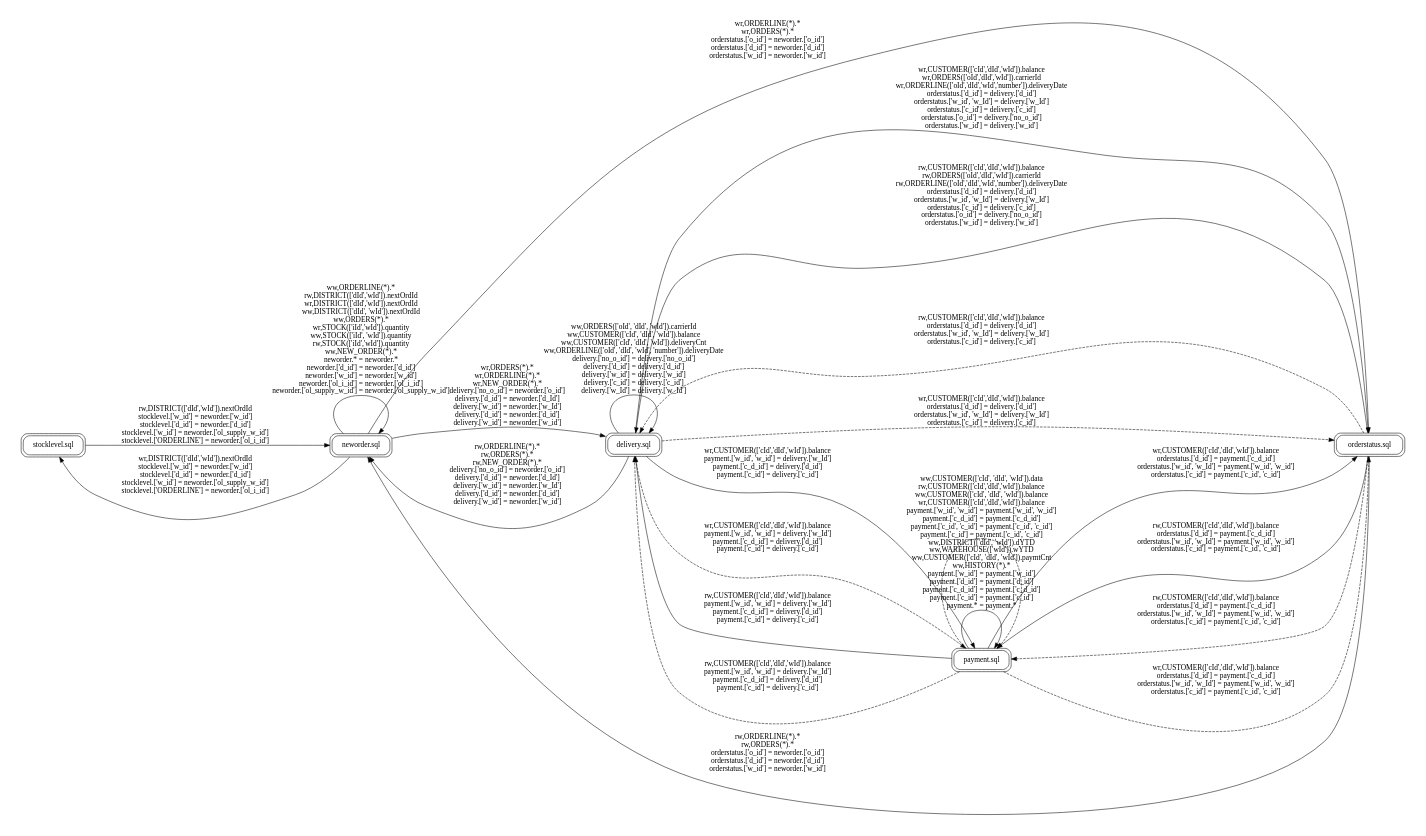
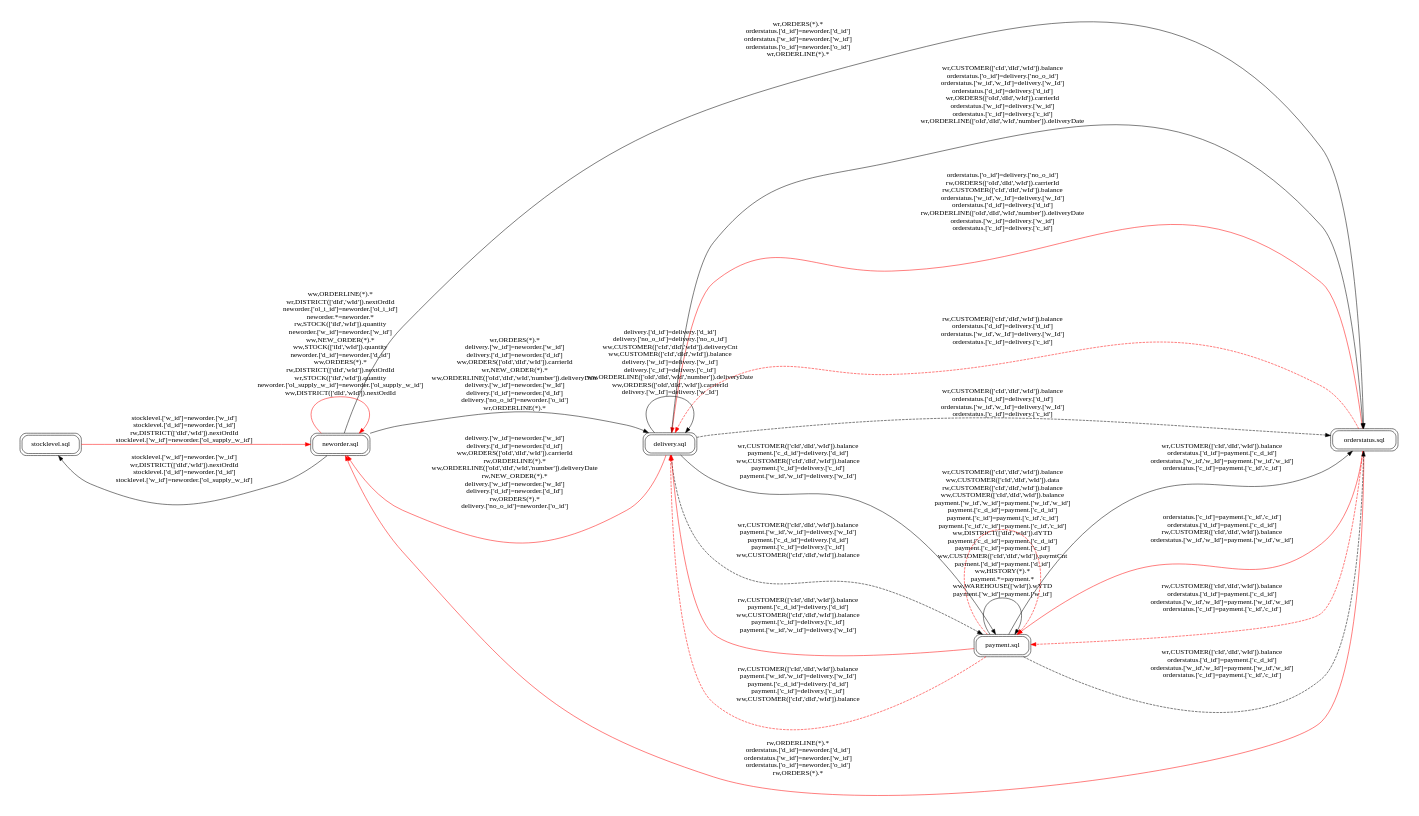
The diagram in development/Application/src/graph.dot (Paul-Tra/PLONG-SQL-Dependencies), drawn with Graphviz before and after one commit. The commit also changed 37 other files, not shown here.

```diff
--- a/development/Application/src/graph.dot
+++ b/development/Application/src/graph.dot
@@ -1,138 +1,144 @@
 digraph G{
 	rankdir=LR
 	size="8,5"
 	nodesep=1.0
 	node[shape=box style=rounded peripheries=2]
-"stocklevel.sql"->"neworder.sql"[ label = "rw,DISTRICT(['dId','wId']).nextOrdId
-	stocklevel.['w_id'] = neworder.['w_id']
-	stocklevel.['d_id'] = neworder.['d_id']
-	stocklevel.['w_id'] = neworder.['ol_supply_w_id']
-	stocklevel.['ORDERLINE'] = neworder.['ol_i_id']", style = solid, color = black ]
-"neworder.sql"->"stocklevel.sql"[ label = "wr,DISTRICT(['dId','wId']).nextOrdId
-	stocklevel.['w_id'] = neworder.['w_id']
-	stocklevel.['d_id'] = neworder.['d_id']
-	stocklevel.['w_id'] = neworder.['ol_supply_w_id']
-	stocklevel.['ORDERLINE'] = neworder.['ol_i_id']", style = solid, color = black ]
+"stocklevel.sql"->"neworder.sql"[ label = "stocklevel.['w_id']=neworder.['w_id']
+	stocklevel.['d_id']=neworder.['d_id']
+	rw,DISTRICT(['dId','wId']).nextOrdId
+	stocklevel.['w_id']=neworder.['ol_supply_w_id']", style = solid, color = red ]
+"neworder.sql"->"stocklevel.sql"[ label = "stocklevel.['w_id']=neworder.['w_id']
+	wr,DISTRICT(['dId','wId']).nextOrdId
+	stocklevel.['d_id']=neworder.['d_id']
+	stocklevel.['w_id']=neworder.['ol_supply_w_id']", style = solid, color = black ]
 "orderstatus.sql"->"neworder.sql"[ label = "rw,ORDERLINE(*).*
+	orderstatus.['d_id']=neworder.['d_id']
+	orderstatus.['w_id']=neworder.['w_id']
+	orderstatus.['o_id']=neworder.['o_id']
+	rw,ORDERS(*).*", style = solid, color = red ]
+"neworder.sql"->"orderstatus.sql"[ label = "wr,ORDERS(*).*
+	orderstatus.['d_id']=neworder.['d_id']
+	orderstatus.['w_id']=neworder.['w_id']
+	orderstatus.['o_id']=neworder.['o_id']
+	wr,ORDERLINE(*).*", style = solid, color = black ]
+"orderstatus.sql"->"delivery.sql"[ label = "orderstatus.['o_id']=delivery.['no_o_id']
+	rw,ORDERS(['oId','dId','wId']).carrierId
+	rw,CUSTOMER(['cId','dId','wId']).balance
+	orderstatus.['w_id','w_Id']=delivery.['w_Id']
+	orderstatus.['d_id']=delivery.['d_id']
+	rw,ORDERLINE(['oId','dId','wId','number']).deliveryDate
+	orderstatus.['w_id']=delivery.['w_id']
+	orderstatus.['c_id']=delivery.['c_id']", style = solid, color = red ]
+"delivery.sql"->"orderstatus.sql"[ label = "wr,CUSTOMER(['cId','dId','wId']).balance
+	orderstatus.['o_id']=delivery.['no_o_id']
+	orderstatus.['w_id','w_Id']=delivery.['w_Id']
+	orderstatus.['d_id']=delivery.['d_id']
+	wr,ORDERS(['oId','dId','wId']).carrierId
+	orderstatus.['w_id']=delivery.['w_id']
+	orderstatus.['c_id']=delivery.['c_id']
+	wr,ORDERLINE(['oId','dId','wId','number']).deliveryDate", style = solid, color = black ]
+"payment.sql"->"orderstatus.sql"[ label = "wr,CUSTOMER(['cId','dId','wId']).balance
+	orderstatus.['d_id']=payment.['c_d_id']
+	orderstatus.['w_id','w_Id']=payment.['w_id','w_id']
+	orderstatus.['c_id']=payment.['c_id','c_id']", style = solid, color = black ]
+"neworder.sql"->"neworder.sql"[ label = "ww,ORDERLINE(*).*
+	wr,DISTRICT(['dId','wId']).nextOrdId
+	neworder.['ol_i_id']=neworder.['ol_i_id']
+	neworder.*=neworder.*
+	rw,STOCK(['iId','wId']).quantity
+	neworder.['w_id']=neworder.['w_id']
+	ww,NEW_ORDER(*).*
+	ww,STOCK(['iId','wId']).quantity
+	neworder.['d_id']=neworder.['d_id']
+	ww,ORDERS(*).*
+	rw,DISTRICT(['dId','wId']).nextOrdId
+	wr,STOCK(['iId','wId']).quantity
+	neworder.['ol_supply_w_id']=neworder.['ol_supply_w_id']
+	ww,DISTRICT(['dId','wId']).nextOrdId", style = solid, color = red ]
+"neworder.sql"->"delivery.sql"[ label = "wr,ORDERS(*).*
+	delivery.['w_id']=neworder.['w_id']
+	delivery.['d_id']=neworder.['d_id']
+	ww,ORDERS(['oId','dId','wId']).carrierId
+	wr,NEW_ORDER(*).*
+	ww,ORDERLINE(['oId','dId','wId','number']).deliveryDate
+	delivery.['w_id']=neworder.['w_Id']
+	delivery.['d_id']=neworder.['d_Id']
+	delivery.['no_o_id']=neworder.['o_id']
+	wr,ORDERLINE(*).*", style = solid, color = black ]
+"delivery.sql"->"neworder.sql"[ label = "delivery.['w_id']=neworder.['w_id']
+	delivery.['d_id']=neworder.['d_id']
+	ww,ORDERS(['oId','dId','wId']).carrierId
+	rw,ORDERLINE(*).*
+	ww,ORDERLINE(['oId','dId','wId','number']).deliveryDate
+	rw,NEW_ORDER(*).*
+	delivery.['w_id']=neworder.['w_Id']
+	delivery.['d_id']=neworder.['d_Id']
 	rw,ORDERS(*).*
-	orderstatus.['o_id'] = neworder.['o_id']
-	orderstatus.['d_id'] = neworder.['d_id']
-	orderstatus.['w_id'] = neworder.['w_id']", style = solid, color = black ]
-"neworder.sql"->"orderstatus.sql"[ label = "wr,ORDERLINE(*).*
-	wr,ORDERS(*).*
-	orderstatus.['o_id'] = neworder.['o_id']
-	orderstatus.['d_id'] = neworder.['d_id']
-	orderstatus.['w_id'] = neworder.['w_id']", style = solid, color = black ]
+	delivery.['no_o_id']=neworder.['o_id']", style = solid, color = red ]
+"delivery.sql"->"delivery.sql"[ label = "delivery.['d_id']=delivery.['d_id']
+	delivery.['no_o_id']=delivery.['no_o_id']
+	ww,CUSTOMER(['cId','dId','wId']).deliveryCnt
+	ww,CUSTOMER(['cId','dId','wId']).balance
+	delivery.['w_id']=delivery.['w_id']
+	delivery.['c_id']=delivery.['c_id']
+	ww,ORDERLINE(['oId','dId','wId','number']).deliveryDate
+	ww,ORDERS(['oId','dId','wId']).carrierId
+	delivery.['w_Id']=delivery.['w_Id']", style = solid, color = black ]
+"delivery.sql"->"payment.sql"[ label = "wr,CUSTOMER(['cId','dId','wId']).balance
+	payment.['c_d_id']=delivery.['d_id']
+	ww,CUSTOMER(['cId','dId','wId']).balance
+	payment.['c_id']=delivery.['c_id']
+	payment.['w_id','w_id']=delivery.['w_Id']", style = solid, color = black ]
+"payment.sql"->"payment.sql"[ label = "ww,DISTRICT(['dId','wId']).dYTD
+	payment.['c_d_id']=payment.['c_d_id']
+	payment.['c_id']=payment.['c_id']
+	ww,CUSTOMER(['cId','dId','wId']).paymtCnt
+	payment.['d_id']=payment.['d_id']
+	ww,HISTORY(*).*
+	payment.*=payment.*
+	ww,WAREHOUSE(['wId']).wYTD
+	payment.['w_id']=payment.['w_id']", style = solid, color = black ]
+"orderstatus.sql"->"payment.sql"[ label = "orderstatus.['c_id']=payment.['c_id','c_id']
+	orderstatus.['d_id']=payment.['c_d_id']
+	rw,CUSTOMER(['cId','dId','wId']).balance
+	orderstatus.['w_id','w_Id']=payment.['w_id','w_id']", style = solid, color = red ]
+"payment.sql"->"delivery.sql"[ label = "rw,CUSTOMER(['cId','dId','wId']).balance
+	payment.['c_d_id']=delivery.['d_id']
+	ww,CUSTOMER(['cId','dId','wId']).balance
+	payment.['c_id']=delivery.['c_id']
+	payment.['w_id','w_id']=delivery.['w_Id']", style = solid, color = red ]
 "orderstatus.sql"->"delivery.sql"[ label = "rw,CUSTOMER(['cId','dId','wId']).balance
-	rw,ORDERS(['oId','dId','wId']).carrierId
-	rw,ORDERLINE(['oId','dId','wId','number']).deliveryDate
-	orderstatus.['d_id'] = delivery.['d_id']
-	orderstatus.['w_id', 'w_Id'] = delivery.['w_Id']
-	orderstatus.['c_id'] = delivery.['c_id']
-	orderstatus.['o_id'] = delivery.['no_o_id']
-	orderstatus.['w_id'] = delivery.['w_id']", style = solid, color = black ]
+	orderstatus.['d_id']=delivery.['d_id']
+	orderstatus.['w_id','w_Id']=delivery.['w_Id']
+	orderstatus.['c_id']=delivery.['c_id']", style = dashed, color = red ]
+"orderstatus.sql"->"payment.sql"[ label = "rw,CUSTOMER(['cId','dId','wId']).balance
+	orderstatus.['d_id']=payment.['c_d_id']
+	orderstatus.['w_id','w_Id']=payment.['w_id','w_id']
+	orderstatus.['c_id']=payment.['c_id','c_id']", style = dashed, color = red ]
+"payment.sql"->"delivery.sql"[ label = "rw,CUSTOMER(['cId','dId','wId']).balance
+	payment.['w_id','w_id']=delivery.['w_Id']
+	payment.['c_d_id']=delivery.['d_id']
+	payment.['c_id']=delivery.['c_id']
+	ww,CUSTOMER(['cId','dId','wId']).balance", style = dashed, color = red ]
+"payment.sql"->"payment.sql"[ label = "wr,CUSTOMER(['cId','dId','wId']).balance
+	ww,CUSTOMER(['cId','dId','wId']).data
+	rw,CUSTOMER(['cId','dId','wId']).balance
+	ww,CUSTOMER(['cId','dId','wId']).balance
+	payment.['w_id','w_id']=payment.['w_id','w_id']
+	payment.['c_d_id']=payment.['c_d_id']
+	payment.['c_id']=payment.['c_id','c_id']
+	payment.['c_id','c_id']=payment.['c_id','c_id']", style = dashed, color = red ]
 "delivery.sql"->"orderstatus.sql"[ label = "wr,CUSTOMER(['cId','dId','wId']).balance
-	wr,ORDERS(['oId','dId','wId']).carrierId
-	wr,ORDERLINE(['oId','dId','wId','number']).deliveryDate
-	orderstatus.['d_id'] = delivery.['d_id']
-	orderstatus.['w_id', 'w_Id'] = delivery.['w_Id']
-	orderstatus.['c_id'] = delivery.['c_id']
-	orderstatus.['o_id'] = delivery.['no_o_id']
-	orderstatus.['w_id'] = delivery.['w_id']", style = solid, color = black ]
+	orderstatus.['d_id']=delivery.['d_id']
+	orderstatus.['w_id','w_Id']=delivery.['w_Id']
+	orderstatus.['c_id']=delivery.['c_id']", style = dashed, color = black ]
 "payment.sql"->"orderstatus.sql"[ label = "wr,CUSTOMER(['cId','dId','wId']).balance
-	orderstatus.['d_id'] = payment.['c_d_id']
-	orderstatus.['w_id', 'w_Id'] = payment.['w_id', 'w_id']
-	orderstatus.['c_id'] = payment.['c_id', 'c_id']", style = solid, color = black ]
-"neworder.sql"->"neworder.sql"[ label = "ww,ORDERLINE(*).*
-	rw,DISTRICT(['dId','wId']).nextOrdId
-	wr,DISTRICT(['dId','wId']).nextOrdId
-	ww,DISTRICT(['dId', 'wId']).nextOrdId
-	ww,ORDERS(*).*
-	wr,STOCK(['iId','wId']).quantity
-	ww,STOCK(['iId', 'wId']).quantity
-	rw,STOCK(['iId','wId']).quantity
-	ww,NEW_ORDER(*).*
-	neworder.* = neworder.*
-	neworder.['d_id'] = neworder.['d_id']
-	neworder.['w_id'] = neworder.['w_id']
-	neworder.['ol_i_id'] = neworder.['ol_i_id']
-	neworder.['ol_supply_w_id'] = neworder.['ol_supply_w_id']", style = solid, color = black ]
-"neworder.sql"->"delivery.sql"[ label = "wr,ORDERS(*).*
-	wr,ORDERLINE(*).*
-	wr,NEW_ORDER(*).*
-	delivery.['no_o_id'] = neworder.['o_id']
-	delivery.['d_id'] = neworder.['d_Id']
-	delivery.['w_id'] = neworder.['w_Id']
-	delivery.['d_id'] = neworder.['d_id']
-	delivery.['w_id'] = neworder.['w_id']", style = solid, color = black ]
-"delivery.sql"->"neworder.sql"[ label = "rw,ORDERLINE(*).*
-	rw,ORDERS(*).*
-	rw,NEW_ORDER(*).*
-	delivery.['no_o_id'] = neworder.['o_id']
-	delivery.['d_id'] = neworder.['d_Id']
-	delivery.['w_id'] = neworder.['w_Id']
-	delivery.['d_id'] = neworder.['d_id']
-	delivery.['w_id'] = neworder.['w_id']", style = solid, color = black ]
-"delivery.sql"->"delivery.sql"[ label = "ww,ORDERS(['oId', 'dId', 'wId']).carrierId
-	ww,CUSTOMER(['cId', 'dId', 'wId']).balance
-	ww,CUSTOMER(['cId', 'dId', 'wId']).deliveryCnt
-	ww,ORDERLINE(['oId', 'dId', 'wId', 'number']).deliveryDate
-	delivery.['no_o_id'] = delivery.['no_o_id']
-	delivery.['d_id'] = delivery.['d_id']
-	delivery.['w_id'] = delivery.['w_id']
-	delivery.['c_id'] = delivery.['c_id']
-	delivery.['w_Id'] = delivery.['w_Id']", style = solid, color = black ]
+	orderstatus.['d_id']=payment.['c_d_id']
+	orderstatus.['w_id','w_Id']=payment.['w_id','w_id']
+	orderstatus.['c_id']=payment.['c_id','c_id']", style = dashed, color = black ]
 "delivery.sql"->"payment.sql"[ label = "wr,CUSTOMER(['cId','dId','wId']).balance
-	payment.['w_id', 'w_id'] = delivery.['w_Id']
-	payment.['c_d_id'] = delivery.['d_id']
-	payment.['c_id'] = delivery.['c_id']", style = solid, color = black ]
-"payment.sql"->"payment.sql"[ label = "ww,DISTRICT(['dId', 'wId']).dYTD
-	ww,WAREHOUSE(['wId']).wYTD
-	ww,CUSTOMER(['cId', 'dId', 'wId']).paymtCnt
-	ww,HISTORY(*).*
-	payment.['w_id'] = payment.['w_id']
-	payment.['d_id'] = payment.['d_id']
-	payment.['c_d_id'] = payment.['c_d_id']
-	payment.['c_id'] = payment.['c_id']
-	payment.* = payment.*", style = solid, color = black ]
-"orderstatus.sql"->"payment.sql"[ label = "rw,CUSTOMER(['cId','dId','wId']).balance
-	orderstatus.['d_id'] = payment.['c_d_id']
-	orderstatus.['w_id', 'w_Id'] = payment.['w_id', 'w_id']
-	orderstatus.['c_id'] = payment.['c_id', 'c_id']", style = solid, color = black ]
-"payment.sql"->"delivery.sql"[ label = "rw,CUSTOMER(['cId','dId','wId']).balance
-	payment.['w_id', 'w_id'] = delivery.['w_Id']
-	payment.['c_d_id'] = delivery.['d_id']
-	payment.['c_id'] = delivery.['c_id']", style = solid, color = black ]
-"orderstatus.sql"->"delivery.sql"[ label = "rw,CUSTOMER(['cId','dId','wId']).balance
-	orderstatus.['d_id'] = delivery.['d_id']
-	orderstatus.['w_id', 'w_Id'] = delivery.['w_Id']
-	orderstatus.['c_id'] = delivery.['c_id']", style = dashed, color = black ]
-"orderstatus.sql"->"payment.sql"[ label = "rw,CUSTOMER(['cId','dId','wId']).balance
-	orderstatus.['d_id'] = payment.['c_d_id']
-	orderstatus.['w_id', 'w_Id'] = payment.['w_id', 'w_id']
-	orderstatus.['c_id'] = payment.['c_id', 'c_id']", style = dashed, color = black ]
-"payment.sql"->"delivery.sql"[ label = "rw,CUSTOMER(['cId','dId','wId']).balance
-	payment.['w_id', 'w_id'] = delivery.['w_Id']
-	payment.['c_d_id'] = delivery.['d_id']
-	payment.['c_id'] = delivery.['c_id']", style = dashed, color = black ]
-"payment.sql"->"payment.sql"[ label = "ww,CUSTOMER(['cId', 'dId', 'wId']).data
-	rw,CUSTOMER(['cId','dId','wId']).balance
-	ww,CUSTOMER(['cId', 'dId', 'wId']).balance
-	wr,CUSTOMER(['cId','dId','wId']).balance
-	payment.['w_id', 'w_id'] = payment.['w_id', 'w_id']
-	payment.['c_d_id'] = payment.['c_d_id']
-	payment.['c_id', 'c_id'] = payment.['c_id', 'c_id']
-	payment.['c_id'] = payment.['c_id', 'c_id']", style = dashed, color = black ]
-"delivery.sql"->"orderstatus.sql"[ label = "wr,CUSTOMER(['cId','dId','wId']).balance
-	orderstatus.['d_id'] = delivery.['d_id']
-	orderstatus.['w_id', 'w_Id'] = delivery.['w_Id']
-	orderstatus.['c_id'] = delivery.['c_id']", style = dashed, color = black ]
-"payment.sql"->"orderstatus.sql"[ label = "wr,CUSTOMER(['cId','dId','wId']).balance
-	orderstatus.['d_id'] = payment.['c_d_id']
-	orderstatus.['w_id', 'w_Id'] = payment.['w_id', 'w_id']
-	orderstatus.['c_id'] = payment.['c_id', 'c_id']", style = dashed, color = black ]
-"delivery.sql"->"payment.sql"[ label = "wr,CUSTOMER(['cId','dId','wId']).balance
-	payment.['w_id', 'w_id'] = delivery.['w_Id']
-	payment.['c_d_id'] = delivery.['d_id']
-	payment.['c_id'] = delivery.['c_id']", style = dashed, color = black ]
+	payment.['w_id','w_id']=delivery.['w_Id']
+	payment.['c_d_id']=delivery.['d_id']
+	payment.['c_id']=delivery.['c_id']
+	ww,CUSTOMER(['cId','dId','wId']).balance", style = dashed, color = black ]
 }
```
